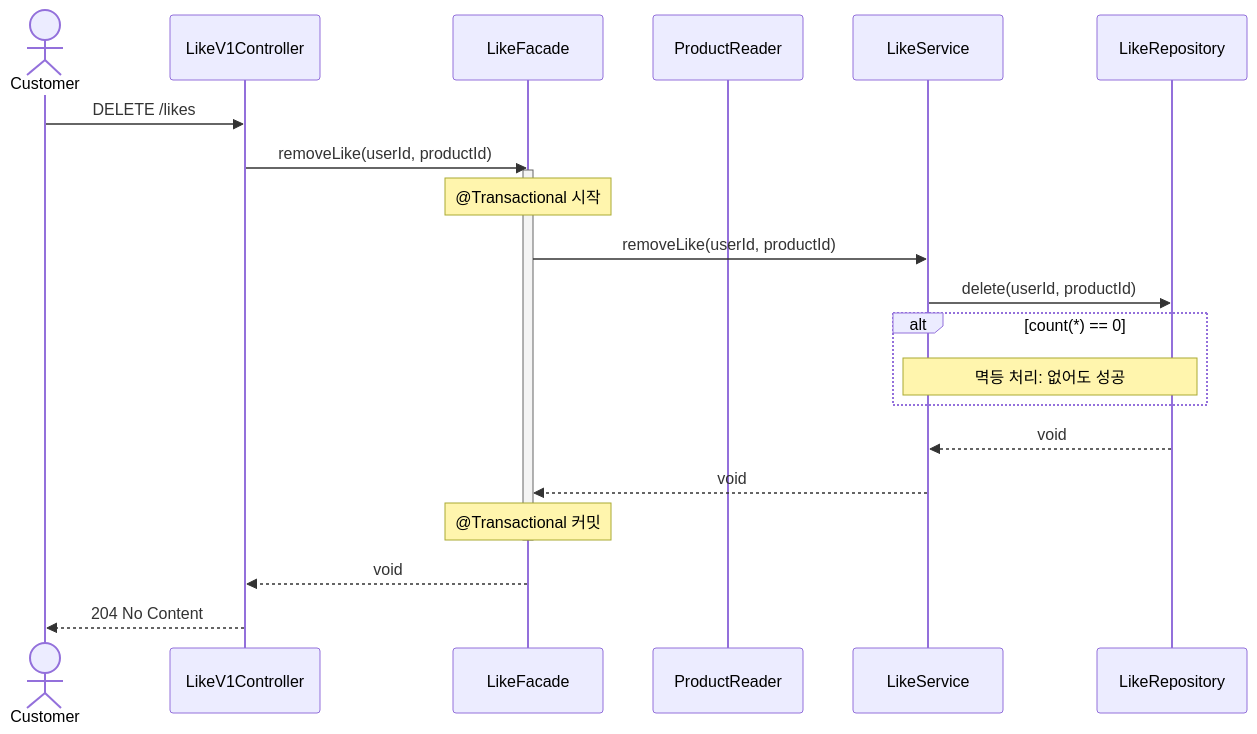
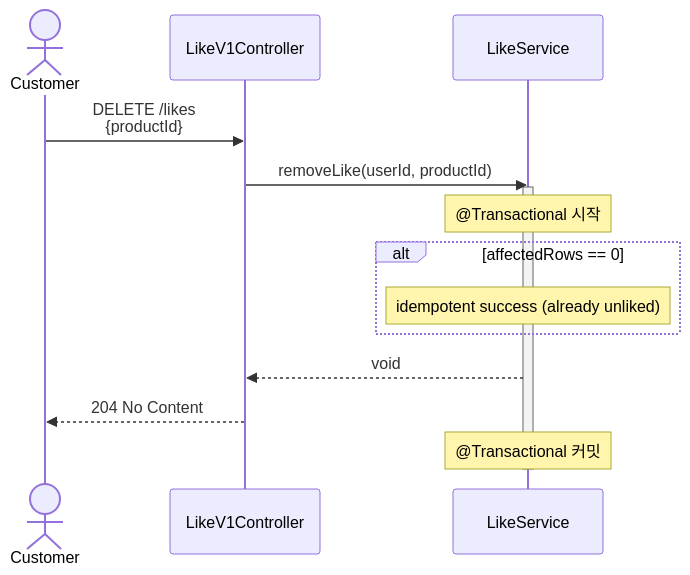
Before and after one commit to YoHanKi/loop-pack-be-l2-vol3-java: the fourth of 5 diagrams in docs/design/02-sequence-diagrams.md, drawn with Mermaid. The commit also changed other lines of this file, not shown here.

Commit message:
docs(sequence-diagrams): 시퀀스 다이어 그램 내에 기존 파사드가 Reader, Service를 함께 호출하는 방향에서 Service 만 의존한다면 Facade의 의미가 퇴색되어 삭제.

````diff
--- a/docs/design/02-sequence-diagrams.md
+++ b/docs/design/02-sequence-diagrams.md
@@ -205,32 +198,23 @@
 ```mermaid
 sequenceDiagram
     actor Customer
     participant Controller as LikeV1Controller
-    participant Facade as LikeFacade
-    participant ProductReader as ProductReader
     participant LikeService as LikeService
-    participant LikeRepo as LikeRepository
 
-    Customer->>Controller: DELETE /likes
-    Controller->>Facade: removeLike(userId, productId)
+    Customer->>Controller: DELETE /likes<br/>{productId}
+    Controller->>LikeService: removeLike(userId, productId)
 
-    activate Facade
-    Note over Facade: @Transactional 시작
+    activate LikeService
+    Note over LikeService: @Transactional 시작
 
-    %% 좋아요 삭제
-    Facade->>LikeService: removeLike(userId, productId)
-    LikeService->>LikeRepo: delete(userId, productId)
 
-    alt count(*) == 0
-        Note over LikeService, LikeRepo: 멱등 처리: 없어도 성공
+    alt affectedRows == 0
+        Note over LikeService: idempotent success (already unliked)
     end
 
-    LikeRepo-->>LikeService: void
-    LikeService-->>Facade: void
+    LikeService-->>Controller: void
+    Controller-->>Customer: 204 No Content
 
-    Note over Facade: @Transactional 커밋
-    deactivate Facade
-
-    Facade-->>Controller: void
-    Controller-->>Customer: 204 No Content
+    Note over LikeService: @Transactional 커밋
+    deactivate LikeService
 ```
````
